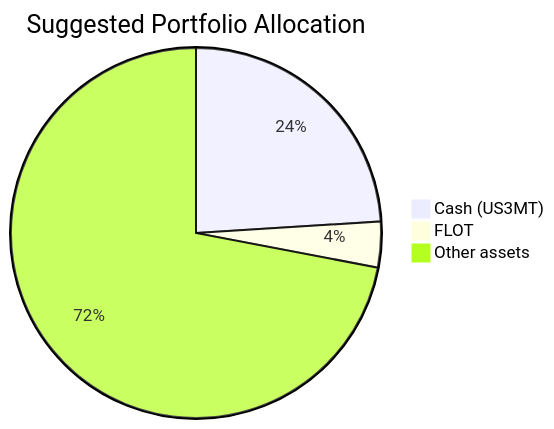
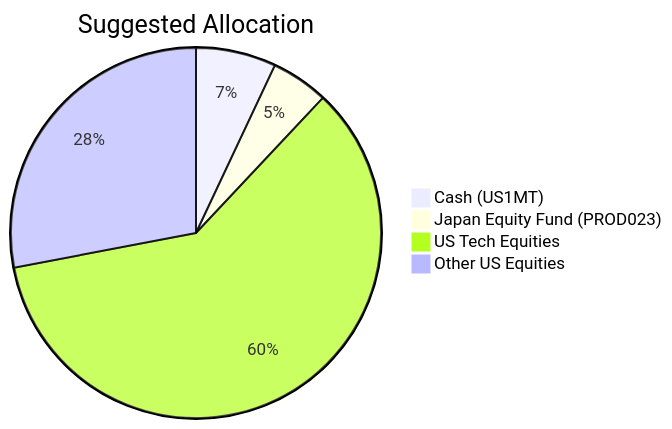
One commit to roger249/Bot-collaboration changed the eighth of 20 diagrams in docs/sample outputs/product_investor_matching-deepseek-v4-flash.md. Above: the diagram before and after it, drawn with Mermaid. The commit also changed other lines of this file and 20 other files, not shown here.

````diff
--- a/docs/sample outputs/product_investor_matching-deepseek-v4-flash.md
+++ b/docs/sample outputs/product_investor_matching-deepseek-v4-flash.md
@@ -184,6 +159,7 @@
 ```mermaid
-pie title Suggested Portfolio Allocation
-    "Cash (US3MT)" : 24
-    "FLOT" : 4
-    "Other assets" : 72
+pie title Suggested Allocation
+    "Cash (US1MT)" : 7.0
+    "Japan Equity Fund (PROD023)" : 5.0
+    "US Tech Equities" : 60.0
+    "Other US Equities" : 28.0
 ```
````
